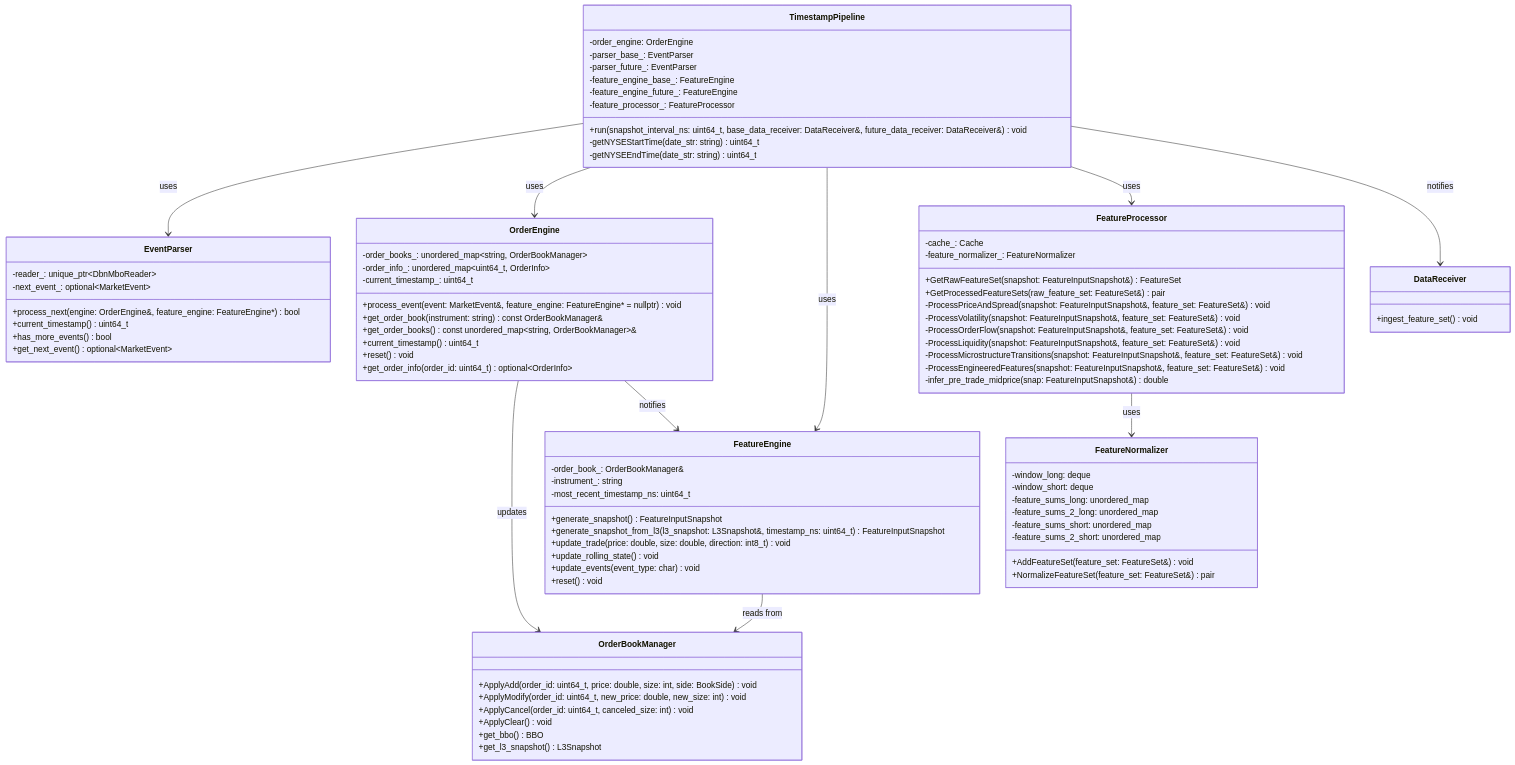
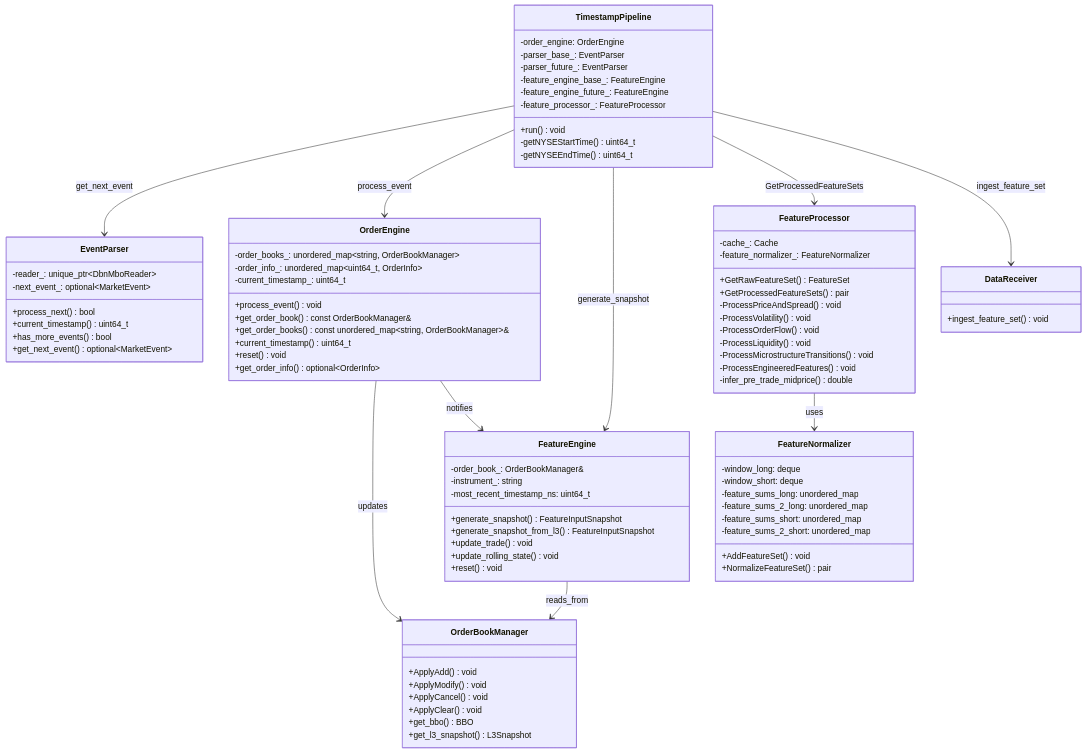
One commit to JackDamato/micro-regime-propogation changed the second of 9 diagrams in docs/architecture.md. Above: the diagram before and after it, drawn with Mermaid. The commit also changed other lines of this file and 136 other files, not shown here.

````diff
--- a/docs/architecture.md
+++ b/docs/architecture.md
@@ -59,9 +59,9 @@
 ```mermaid
 classDiagram
     class TimestampPipeline {
-        +run(snapshot_interval_ns: uint64_t, base_data_receiver: DataReceiver&, future_data_receiver: DataReceiver&) void
-        -getNYSEStartTime(date_str: string) uint64_t
-        -getNYSEEndTime(date_str: string) uint64_t
+        +run() void
+        -getNYSEStartTime() uint64_t
+        -getNYSEEndTime() uint64_t
         -order_engine: OrderEngine
         -parser_base_: EventParser
         -parser_future_: EventParser
@@ -71,7 +71,7 @@
     }
 
     class EventParser {
-        +process_next(engine: OrderEngine&, feature_engine: FeatureEngine*) bool
+        +process_next() bool
         +current_timestamp() uint64_t
         +has_more_events() bool
         +get_next_event() optional~MarketEvent~
@@ -80,21 +80,21 @@
     }
 
     class OrderEngine {
-        +process_event(event: MarketEvent&, feature_engine: FeatureEngine* = nullptr) void
-        +get_order_book(instrument: string) const OrderBookManager&
+        +process_event() void
+        +get_order_book() const OrderBookManager&
         +get_order_books() const unordered_map~string, OrderBookManager~&
         +current_timestamp() uint64_t
         +reset() void
-        +get_order_info(order_id: uint64_t) optional~OrderInfo~
+        +get_order_info() optional~OrderInfo~
         -order_books_: unordered_map~string, OrderBookManager~
         -order_info_: unordered_map~uint64_t, OrderInfo~
         -current_timestamp_: uint64_t
     }
 
     class OrderBookManager {
-        +ApplyAdd(order_id: uint64_t, price: double, size: int, side: BookSide) void
-        +ApplyModify(order_id: uint64_t, new_price: double, new_size: int) void
-        +ApplyCancel(order_id: uint64_t, canceled_size: int) void
+        +ApplyAdd() void
+        +ApplyModify() void
+        +ApplyCancel() void
         +ApplyClear() void
         +get_bbo() BBO
         +get_l3_snapshot() L3Snapshot
@@ -102,10 +102,9 @@
 
     class FeatureEngine {
         +generate_snapshot() FeatureInputSnapshot
-        +generate_snapshot_from_l3(l3_snapshot: L3Snapshot&, timestamp_ns: uint64_t) FeatureInputSnapshot
-        +update_trade(price: double, size: double, direction: int8_t) void
+        +generate_snapshot_from_l3() FeatureInputSnapshot
+        +update_trade() void
         +update_rolling_state() void
-        +update_events(event_type: char) void
         +reset() void
         -order_book_: OrderBookManager&
         -instrument_: string
@@ -113,22 +112,22 @@
     }
 
     class FeatureProcessor {
-        +GetRawFeatureSet(snapshot: FeatureInputSnapshot&) FeatureSet
-        +GetProcessedFeatureSets(raw_feature_set: FeatureSet&) pair<FeatureSet, FeatureSet>
-        -ProcessPriceAndSpread(snapshot: FeatureInputSnapshot&, feature_set: FeatureSet&) void
-        -ProcessVolatility(snapshot: FeatureInputSnapshot&, feature_set: FeatureSet&) void
-        -ProcessOrderFlow(snapshot: FeatureInputSnapshot&, feature_set: FeatureSet&) void
-        -ProcessLiquidity(snapshot: FeatureInputSnapshot&, feature_set: FeatureSet&) void
-        -ProcessMicrostructureTransitions(snapshot: FeatureInputSnapshot&, feature_set: FeatureSet&) void
-        -ProcessEngineeredFeatures(snapshot: FeatureInputSnapshot&, feature_set: FeatureSet&) void
-        -infer_pre_trade_midprice(snap: FeatureInputSnapshot&) double
+        +GetRawFeatureSet() FeatureSet
+        +GetProcessedFeatureSets() pair<FeatureSet, FeatureSet>
+        -ProcessPriceAndSpread() void
+        -ProcessVolatility() void
+        -ProcessOrderFlow() void
+        -ProcessLiquidity() void
+        -ProcessMicrostructureTransitions() void
+        -ProcessEngineeredFeatures() void
+        -infer_pre_trade_midprice() double
         -cache_: Cache
         -feature_normalizer_: FeatureNormalizer
     }
 
     class FeatureNormalizer {
-        +AddFeatureSet(feature_set: FeatureSet&) void
-        +NormalizeFeatureSet(feature_set: FeatureSet&) pair<FeatureSet, FeatureSet>
+        +AddFeatureSet() void
+        +NormalizeFeatureSet() pair<FeatureSet, FeatureSet>
         -window_long: deque<FeatureSet>
         -window_short: deque<FeatureSet>
         -feature_sums_long: unordered_map<string, double>
@@ -141,13 +140,13 @@
         +ingest_feature_set() void
     }
 
-    TimestampPipeline --> EventParser : uses
-    TimestampPipeline --> OrderEngine : uses
-    TimestampPipeline --> FeatureEngine : uses
-    TimestampPipeline --> FeatureProcessor : uses
-    TimestampPipeline --> DataReceiver : notifies
+    TimestampPipeline --> EventParser : get_next_event
+    TimestampPipeline --> OrderEngine : process_event
+    TimestampPipeline --> FeatureEngine : generate_snapshot
+    TimestampPipeline --> FeatureProcessor : GetProcessedFeatureSets
+    TimestampPipeline --> DataReceiver : ingest_feature_set
     OrderEngine --> OrderBookManager : updates
     OrderEngine --> FeatureEngine : notifies
-    FeatureEngine --> OrderBookManager : reads from
+    FeatureEngine --> OrderBookManager : reads_from
     FeatureProcessor --> FeatureNormalizer : uses
 ```
````
